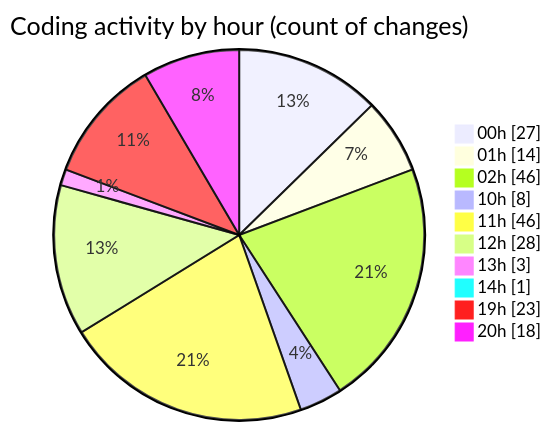
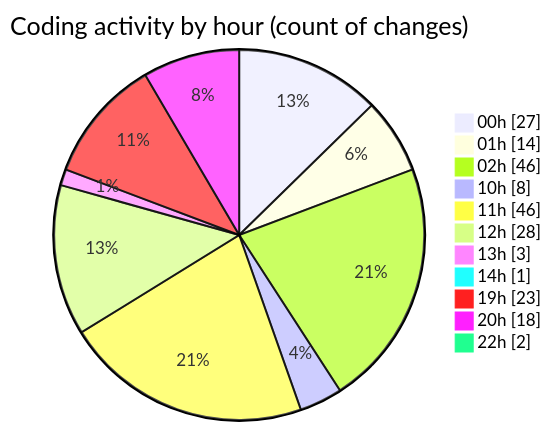
The second of 2 diagrams in 2025-07-17/nhahang/README.md (lephambinh05/code-tracking), drawn with Mermaid before and after one commit. The commit also changed other lines of this file and 1 other file, not shown here.

````diff
--- a/2025-07-17/nhahang/README.md
+++ b/2025-07-17/nhahang/README.md
@@ -94,14 +95,15 @@
 ```mermaid
 pie showData
 title Coding activity by hour (count of changes)
 "00h" : 27
 "01h" : 14
 "02h" : 46
 "10h" : 8
 "11h" : 46
 "12h" : 28
 "13h" : 3
 "14h" : 1
 "19h" : 23
 "20h" : 18
+"22h" : 2
 ```
````
